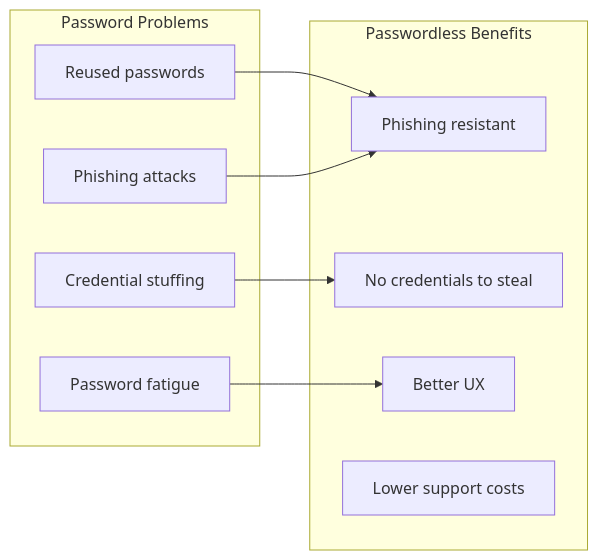
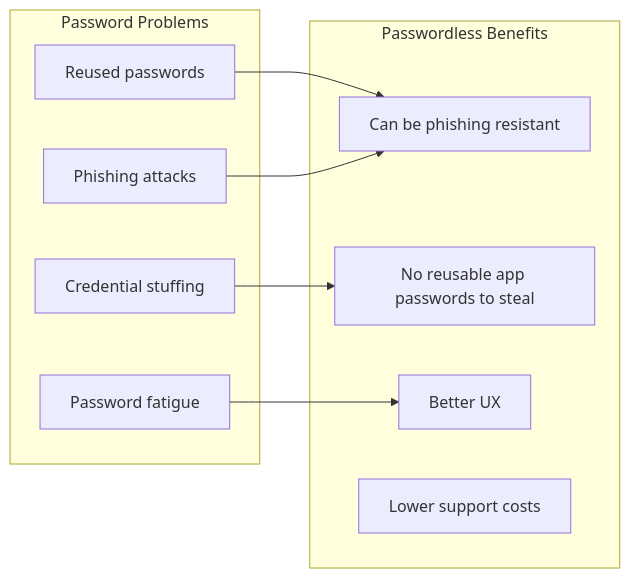
One commit to OneUptime/blog changed the first of 4 diagrams in posts/2026-01-24-passwordless-authentication/README.md. Above: the diagram before and after it, drawn with Mermaid. The commit also changed other lines of this file and 2 other files, not shown here.

````diff
--- a/posts/2026-01-24-passwordless-authentication/README.md
+++ b/posts/2026-01-24-passwordless-authentication/README.md
@@ -19,21 +19,21 @@
 ```mermaid
 flowchart LR
     subgraph Password Problems
         A[Reused passwords]
         B[Phishing attacks]
         C[Credential stuffing]
         D[Password fatigue]
     end
 
     subgraph Passwordless Benefits
-        E[Phishing resistant]
-        F[No credentials to steal]
+        E[Can be phishing resistant]
+        F[No reusable app passwords to steal]
         G[Better UX]
         H[Lower support costs]
     end
 
     A --> E
     B --> E
     C --> F
     D --> G
 ```
````
